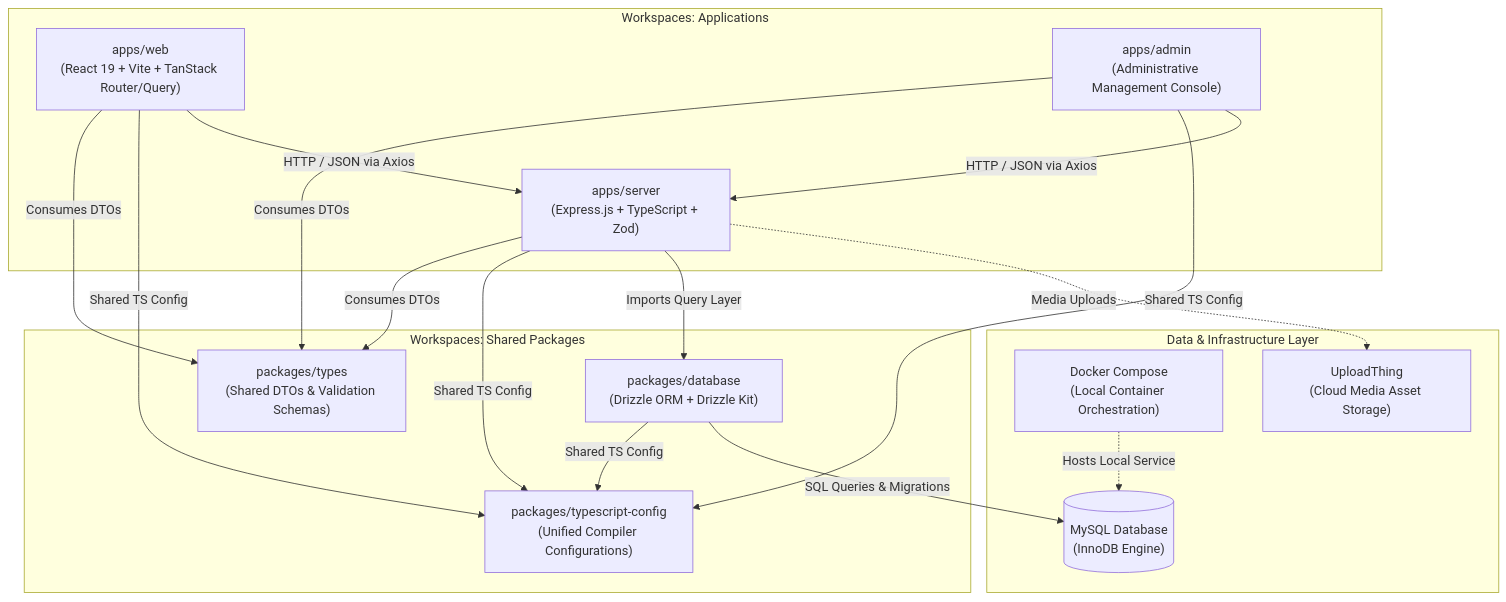
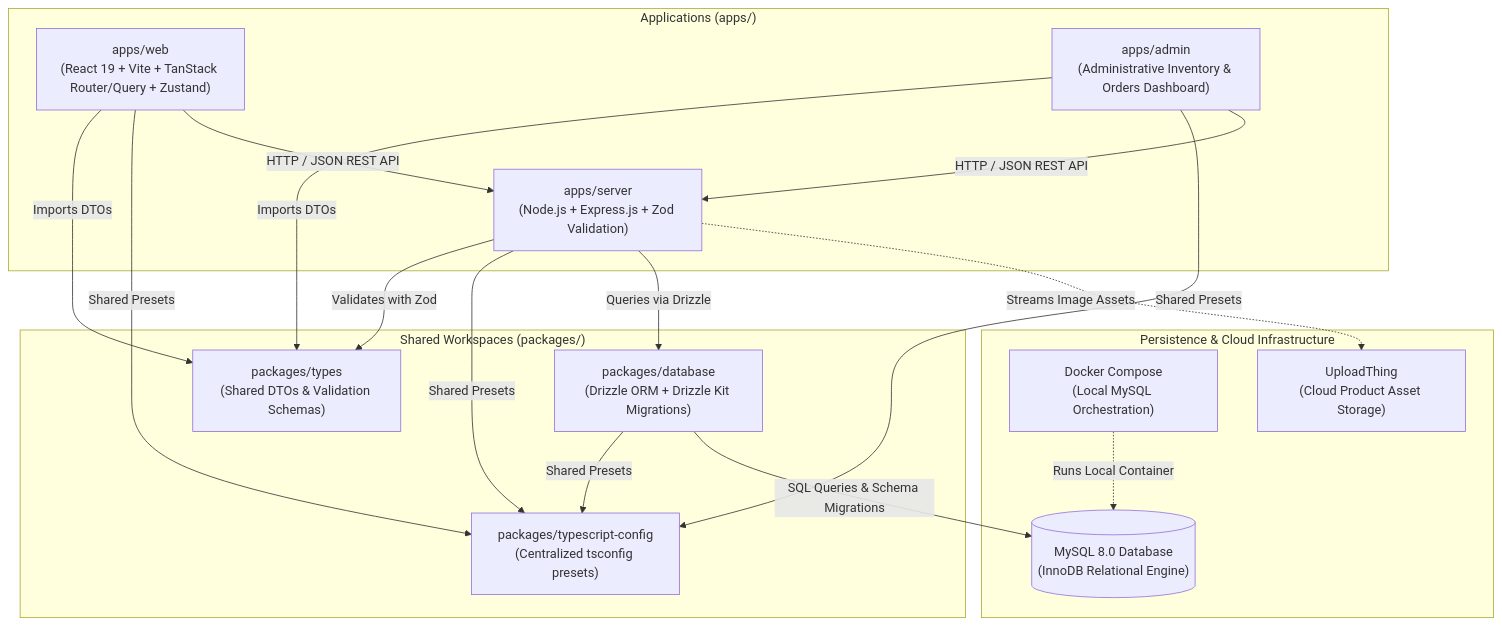
One commit to RomitGoyal2303/ByteMart changed the first of 3 diagrams in README.md. Above: the diagram before and after it, drawn with Mermaid. The commit also changed other lines of this file, not shown here.

Commit message:
docs: overhaul repository appearance, system architecture, and API contracts

````diff
--- a/README.md
+++ b/README.md
@@ -20,37 +31,37 @@
 ```mermaid
 flowchart TD
-    subgraph Apps ["Workspaces: Applications"]
-        Web["apps/web\n(React 19 + Vite + TanStack Router/Query)"]
-        Admin["apps/admin\n(Administrative Management Console)"]
-        Server["apps/server\n(Express.js + TypeScript + Zod)"]
+    subgraph ClientLayer ["Applications (apps/)"]
+        Web["apps/web\n(React 19 + Vite + TanStack Router/Query + Zustand)"]
+        Admin["apps/admin\n(Administrative Inventory & Orders Dashboard)"]
+        Server["apps/server\n(Node.js + Express.js + Zod Validation)"]
     end
 
-    subgraph Packages ["Workspaces: Shared Packages"]
-        DB["packages/database\n(Drizzle ORM + Drizzle Kit)"]
+    subgraph PackageLayer ["Shared Workspaces (packages/)"]
         Types["packages/types\n(Shared DTOs & Validation Schemas)"]
-        TSConfig["packages/typescript-config\n(Unified Compiler Configurations)"]
+        DB["packages/database\n(Drizzle ORM + Drizzle Kit Migrations)"]
+        TSConfig["packages/typescript-config\n(Centralized tsconfig presets)"]
     end
 
-    subgraph Infrastructure ["Data & Infrastructure Layer"]
-        MySQL[("MySQL Database\n(InnoDB Engine)")]
-        Docker["Docker Compose\n(Local Container Orchestration)"]
-        UploadThing["UploadThing\n(Cloud Media Asset Storage)"]
+    subgraph StorageLayer ["Persistence & Cloud Infrastructure"]
+        MySQL[("MySQL 8.0 Database\n(InnoDB Relational Engine)")]
+        Docker["Docker Compose\n(Local MySQL Orchestration)"]
+        UploadThing["UploadThing\n(Cloud Product Asset Storage)"]
     end
 
-    Web -->|Consumes DTOs| Types
-    Admin -->|Consumes DTOs| Types
-    Server -->|Consumes DTOs| Types
+    Web -->|Imports DTOs| Types
+    Admin -->|Imports DTOs| Types
+    Server -->|Validates with Zod| Types
 
-    Web -->|Shared TS Config| TSConfig
-    Admin -->|Shared TS Config| TSConfig
-    Server -->|Shared TS Config| TSConfig
-    DB -->|Shared TS Config| TSConfig
+    Web -->|Shared Presets| TSConfig
+    Admin -->|Shared Presets| TSConfig
+    Server -->|Shared Presets| TSConfig
+    DB -->|Shared Presets| TSConfig
 
-    Server -->|Imports Query Layer| DB
-    DB -->|SQL Queries & Migrations| MySQL
-    Docker -.->|Hosts Local Service| MySQL
-    Server -.->|Media Uploads| UploadThing
+    Server -->|Queries via Drizzle| DB
+    DB -->|SQL Queries & Schema Migrations| MySQL
+    Docker -.->|Runs Local Container| MySQL
+    Server -.->|Streams Image Assets| UploadThing
 
-    Web -->|HTTP / JSON via Axios| Server
-    Admin -->|HTTP / JSON via Axios| Server
+    Web -->|HTTP / JSON REST API| Server
+    Admin -->|HTTP / JSON REST API| Server
 ```
````
